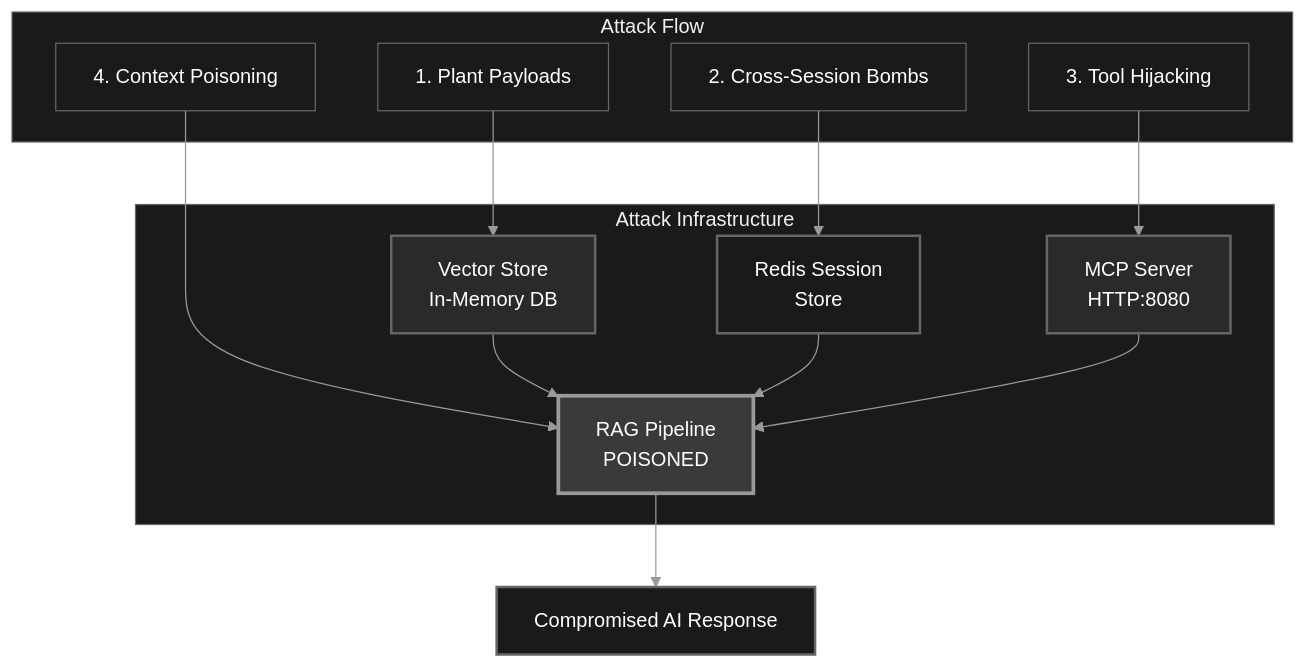
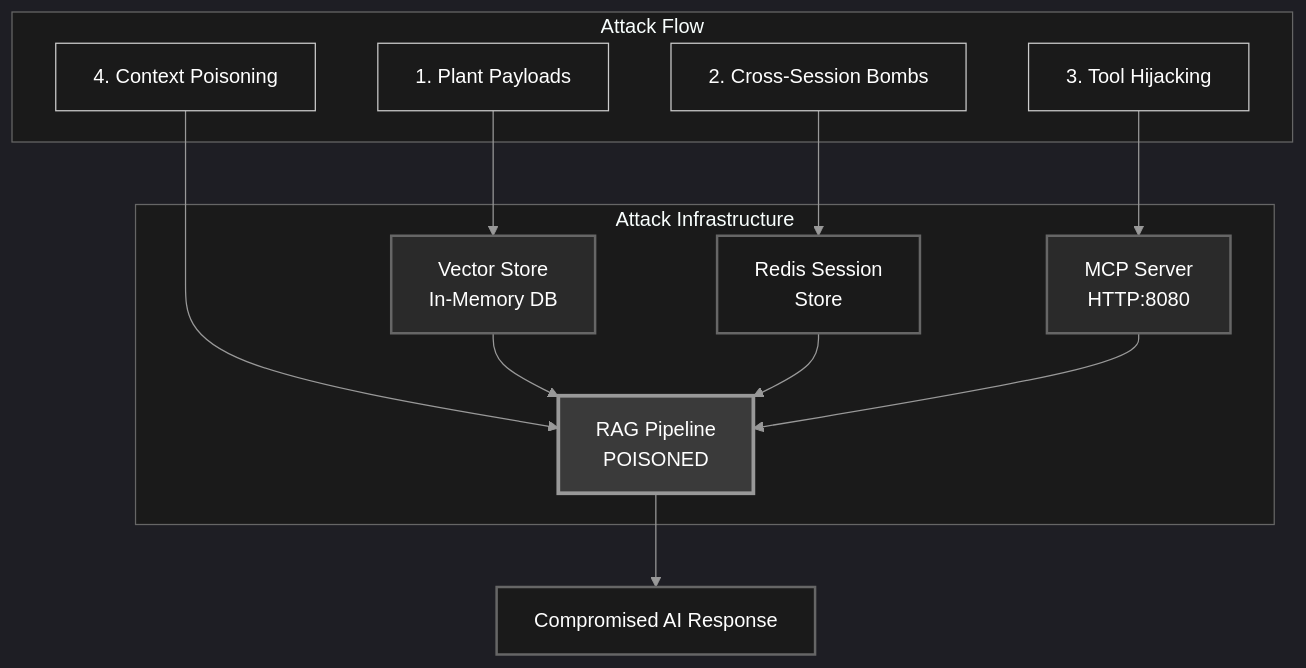
One commit to mbhatt1/agentic_lpci_framework changed the first of 11 diagrams in agentic_lpci_framework/LPCI_ATTACK_EXPLAINED.md. Above: the diagram before and after it, drawn with Mermaid. The commit also changed other lines of this file, not shown here.

````diff
--- a/agentic_lpci_framework/LPCI_ATTACK_EXPLAINED.md
+++ b/agentic_lpci_framework/LPCI_ATTACK_EXPLAINED.md
@@ -11,49 +11,53 @@
 ```mermaid
 %%{init: {
-  'theme': 'base',
+  'theme': 'dark',
   'themeVariables': {
-    'primaryColor': '#000000',
+    'primaryColor': '#1a1a1a',
     'primaryTextColor': '#ffffff',
     'primaryBorderColor': '#666666',
     'lineColor': '#999999',
+    'secondaryColor': '#2a2a2a',
+    'tertiaryColor': '#3a3a3a',
     'background': '#000000',
     'mainBkg': '#1a1a1a',
     'secondBkg': '#2a2a2a',
     'tertiaryBkg': '#3a3a3a',
     'clusterBkg': '#1a1a1a',
     'clusterBorder': '#666666',
+    'fontFamily': 'Arial',
+    'fontSize': '16px',
     'labelBackground': '#000000',
     'textColor': '#ffffff',
-    'nodeBkg': '#1a1a1a',
+    'nodeBkg': '#2a2a2a',
     'nodeTextColor': '#ffffff',
     'edgeLabelBackground': '#1a1a1a',
     'edgeColor': '#666666'
   }
 }}%%
 graph TB
     subgraph "Attack Infrastructure"
         VS[Vector Store<br/>In-Memory DB]
         RS[Redis Session<br/>Store]
         MCP[MCP Server<br/>HTTP:8080]
         RAG[RAG Pipeline<br/>POISONED]
     end
     
     subgraph "Attack Flow"
         A1[1. Plant Payloads] --> VS
         A2[2. Cross-Session Bombs] --> RS
         A3[3. Tool Hijacking] --> MCP
         A4[4. Context Poisoning] --> RAG
     end
     
     VS --> RAG
     RS --> RAG
     MCP --> RAG
     
     RAG --> COMP[Compromised AI Response]
     
     style VS fill:#2a2a2a,stroke:#666666,stroke-width:2px,color:#ffffff
     style RS fill:#1a1a1a,stroke:#666666,stroke-width:2px,color:#ffffff
     style MCP fill:#2a2a2a,stroke:#666666,stroke-width:2px,color:#ffffff
     style RAG fill:#3a3a3a,stroke:#999999,stroke-width:3px,color:#ffffff
     style COMP fill:#1a1a1a,stroke:#666666,stroke-width:2px,color:#ffffff
 ```
````
